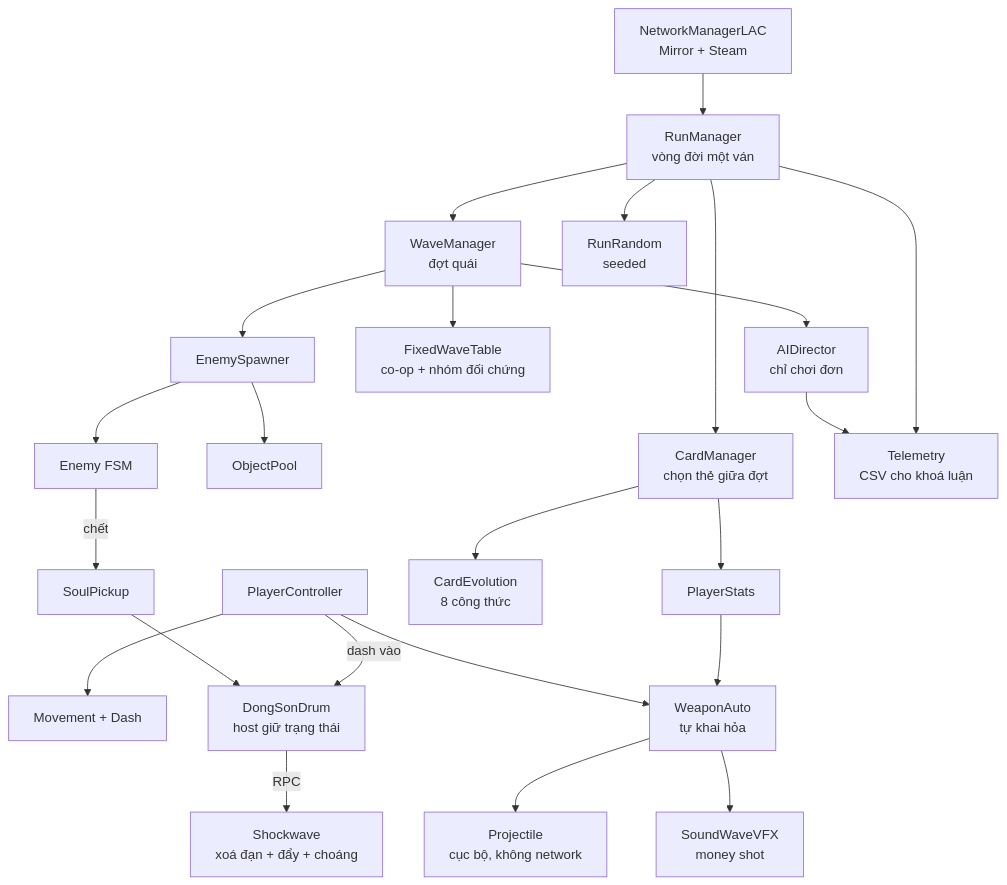
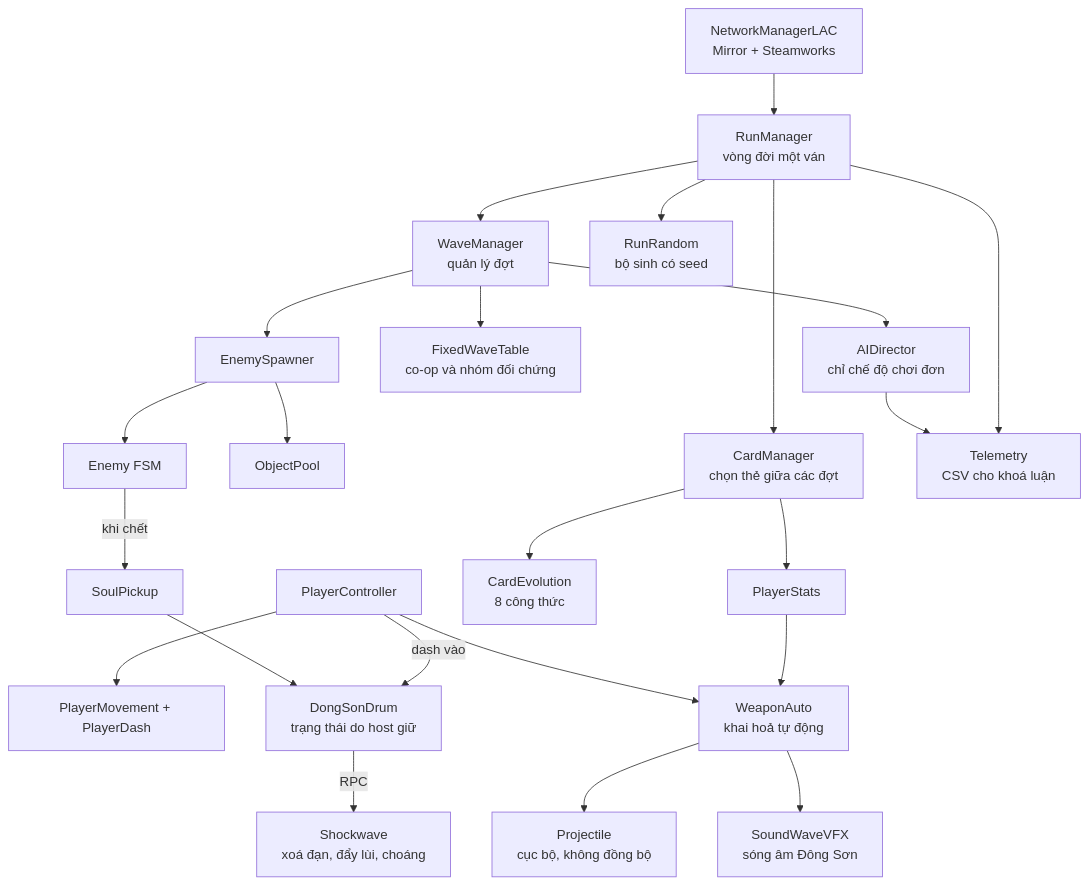
The diagram in docs/ARCHITECTURE.md (HyKiet/LAC), drawn with Mermaid before and after one commit. The commit also changed other lines of this file and 4 other files, not shown here.

````diff
--- a/docs/ARCHITECTURE.md
+++ b/docs/ARCHITECTURE.md
@@ -10,31 +11,31 @@
 ```mermaid
 graph TD
-    NM[NetworkManagerLAC<br/>Mirror + Steam] --> RM[RunManager<br/>vòng đời một ván]
-    RM --> WM[WaveManager<br/>đợt quái]
-    RM --> CM[CardManager<br/>chọn thẻ giữa đợt]
-    RM --> RNG[RunRandom<br/>seeded]
+    NM[NetworkManagerLAC<br/>Mirror + Steamworks] --> RM[RunManager<br/>vòng đời một ván]
+    RM --> WM[WaveManager<br/>quản lý đợt]
+    RM --> CM[CardManager<br/>chọn thẻ giữa các đợt]
+    RM --> RNG[RunRandom<br/>bộ sinh có seed]
 
-    WM --> DIR[AIDirector<br/>chỉ chơi đơn]
-    WM --> FIX[FixedWaveTable<br/>co-op + nhóm đối chứng]
+    WM --> DIR[AIDirector<br/>chỉ chế độ chơi đơn]
+    WM --> FIX[FixedWaveTable<br/>co-op và nhóm đối chứng]
     WM --> SPW[EnemySpawner]
 
     SPW --> POOL[ObjectPool]
     SPW --> ENE[Enemy FSM]
 
-    PC[PlayerController] --> MOV[Movement + Dash]
-    PC --> WEAP[WeaponAuto<br/>tự khai hỏa]
-    WEAP --> PROJ[Projectile<br/>cục bộ, không network]
-    WEAP --> SFX[SoundWaveVFX<br/>money shot]
+    PC[PlayerController] --> MOV[PlayerMovement + PlayerDash]
+    PC --> WEAP[WeaponAuto<br/>khai hoả tự động]
+    WEAP --> PROJ[Projectile<br/>cục bộ, không đồng bộ]
+    WEAP --> SFX[SoundWaveVFX<br/>sóng âm Đông Sơn]
 
-    ENE -->|chết| SOUL[SoulPickup]
-    SOUL --> DRUM[DongSonDrum<br/>host giữ trạng thái]
+    ENE -->|khi chết| SOUL[SoulPickup]
+    SOUL --> DRUM[DongSonDrum<br/>trạng thái do host giữ]
     PC -->|dash vào| DRUM
-    DRUM -->|RPC| SHOCK[Shockwave<br/>xoá đạn + đẩy + choáng]
+    DRUM -->|RPC| SHOCK[Shockwave<br/>xoá đạn, đẩy lùi, choáng]
 
     CM --> EVO[CardEvolution<br/>8 công thức]
     CM --> STATS[PlayerStats]
     STATS --> WEAP
 
     DIR --> TEL[Telemetry<br/>CSV cho khoá luận]
     RM --> TEL
 ```
````
